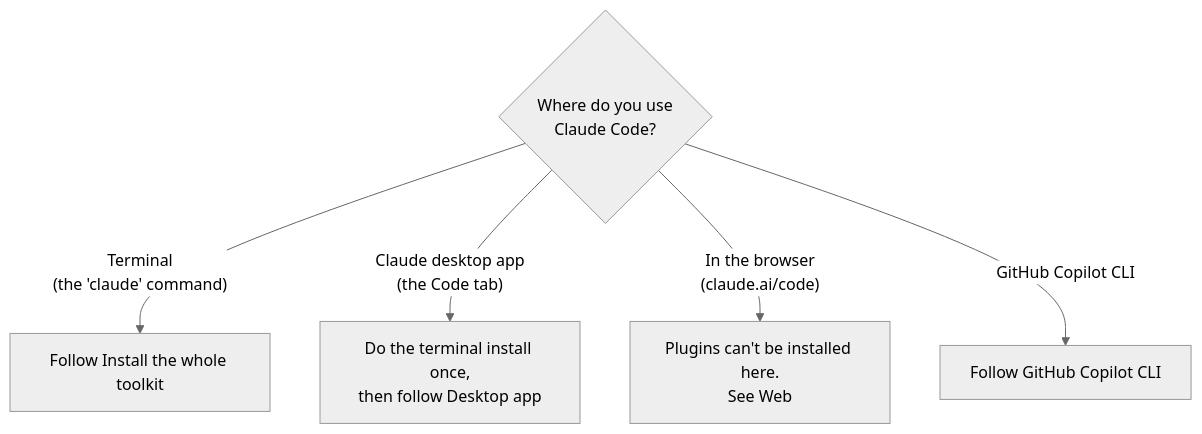
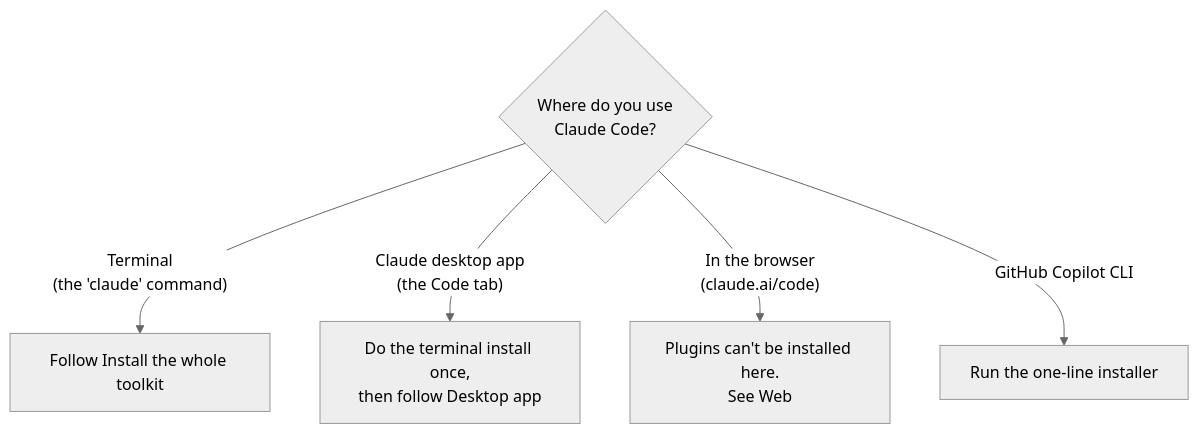
One commit to andrew44/tokenomics changed the diagram in docs/installation.md. Above: the diagram before and after it, drawn with Mermaid (neutral theme). The commit also changed other lines of this file and 15 other files, not shown here.

First line of the commit message:
One-line install: curl | sh and irm | iex, no git clone needed

````diff
--- a/docs/installation.md
+++ b/docs/installation.md
@@ -136,7 +136,7 @@
 ```mermaid
 flowchart TD
     Start{"Where do you use<br/>Claude Code?"} -->|"Terminal<br/>(the 'claude' command)"| T["Follow Install the whole toolkit"]
     Start -->|"Claude desktop app<br/>(the Code tab)"| D["Do the terminal install once,<br/>then follow Desktop app"]
     Start -->|"In the browser<br/>(claude.ai/code)"| W["Plugins can't be installed here.<br/>See Web"]
-    Start -->|"GitHub Copilot CLI"| G["Follow GitHub Copilot CLI"]
+    Start -->|"GitHub Copilot CLI"| G["Run the one-line installer"]
 ```
````
